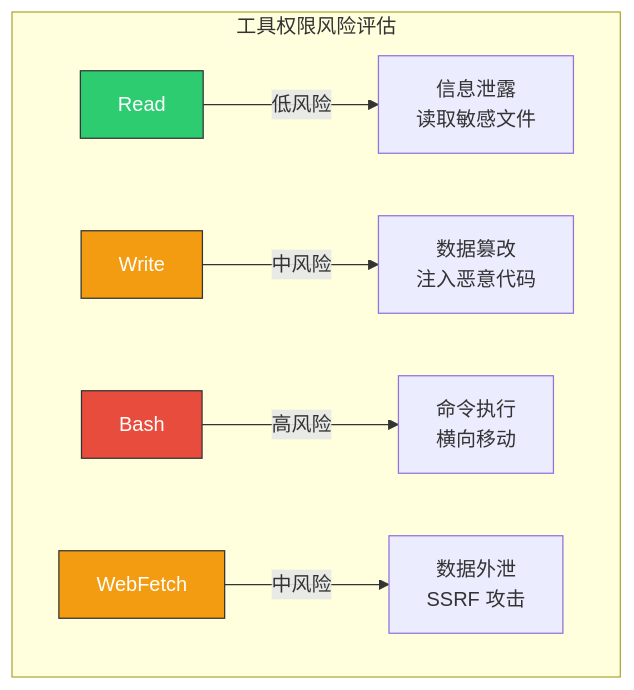
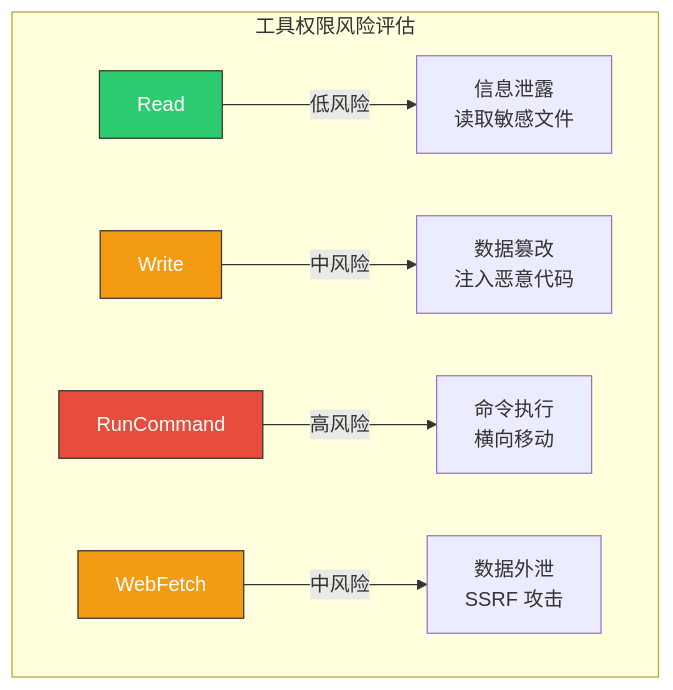
Before and after one commit to tonydeng/harness-engineering-from-oc-to-ai-coding: the third of 7 diagrams in src/05-skills/skill-best-practices.md, drawn with Mermaid. The commit also changed other lines of this file and 39 other files, not shown here.

````diff
--- a/src/05-skills/skill-best-practices.md
+++ b/src/05-skills/skill-best-practices.md
@@ -160,14 +160,14 @@
 ```mermaid
 graph TB
     subgraph Risk[工具权限风险评估]
         T1[Read] --> |"低风险"| R1[信息泄露<br/>读取敏感文件]
         T2[Write] --> |"中风险"| R2[数据篡改<br/>注入恶意代码]
-        T3[Bash] --> |"高风险"| R3[命令执行<br/>横向移动]
+        T3[RunCommand] --> |"高风险"| R3[命令执行<br/>横向移动]
         T4[WebFetch] --> |"中风险"| R4[数据外泄<br/>SSRF 攻击]
     end
     
     style T1 fill:#2ECC71,stroke:#333,color:#fff
     style T2 fill:#F39C12,stroke:#333,color:#fff
     style T3 fill:#E74C3C,stroke:#333,color:#fff
     style T4 fill:#F39C12,stroke:#333,color:#fff
 ```
````
